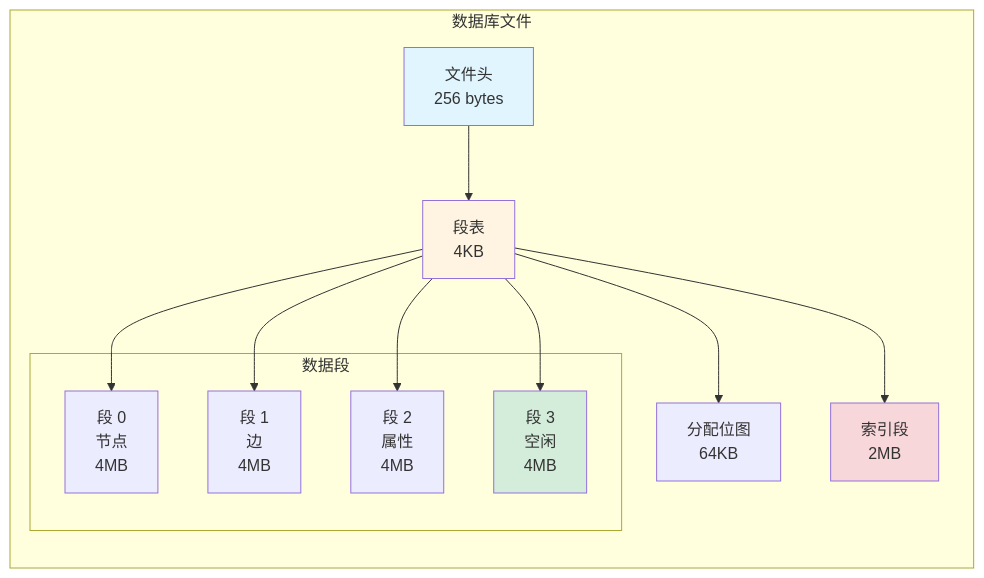
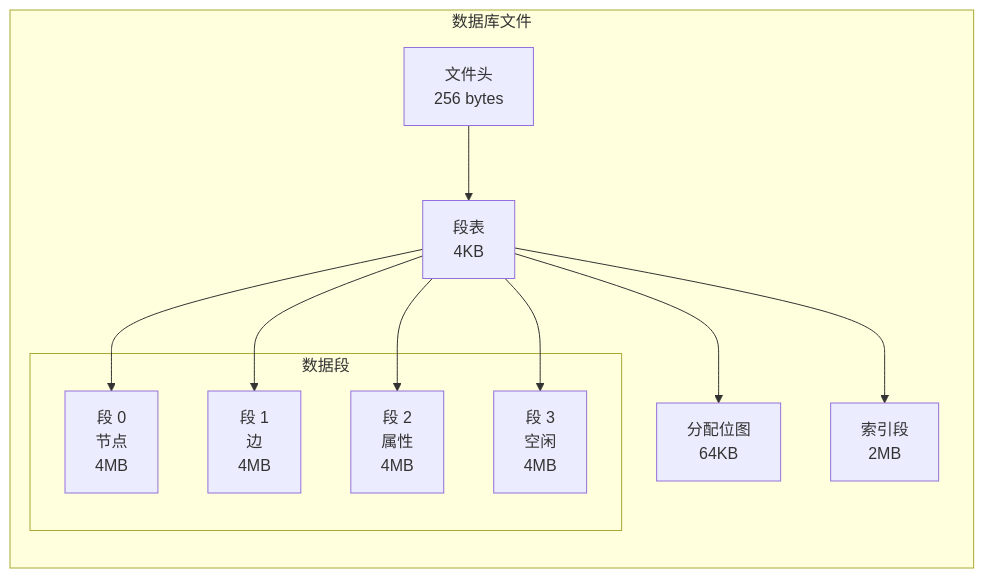
One commit to nexepic/zyx changed the first of 13 diagrams in docs/zh/architecture/storage.md. Above: the diagram before and after it, drawn with Mermaid. The commit also changed other lines of this file and 2 other files, not shown here.

Commit message:
fix: replace hand-drawn ASCII with clear mermaid class diagrams and tables

````diff
--- a/docs/zh/architecture/storage.md
+++ b/docs/zh/architecture/storage.md
@@ -11,31 +11,26 @@
 ```mermaid
 graph TB
     subgraph DB["数据库文件"]
         direction TB
         FH["文件头<br/>256 bytes"]
         ST["段表<br/>4KB"]
 
         subgraph Segs["数据段"]
             S1["段 0<br/>节点<br/>4MB"]
             S2["段 1<br/>边<br/>4MB"]
             S3["段 2<br/>属性<br/>4MB"]
             S4["段 3<br/>空闲<br/>4MB"]
         end
 
         BM["分配位图<br/>64KB"]
         IDX["索引段<br/>2MB"]
 
         FH --> ST
         ST --> S1
         ST --> S2
         ST --> S3
         ST --> S4
         ST --> BM
         ST --> IDX
     end
-
-    style FH fill:#e1f5ff
-    style ST fill:#fff4e1
-    style S4 fill:#d4edda
-    style IDX fill:#f8d7da
 ```
````
